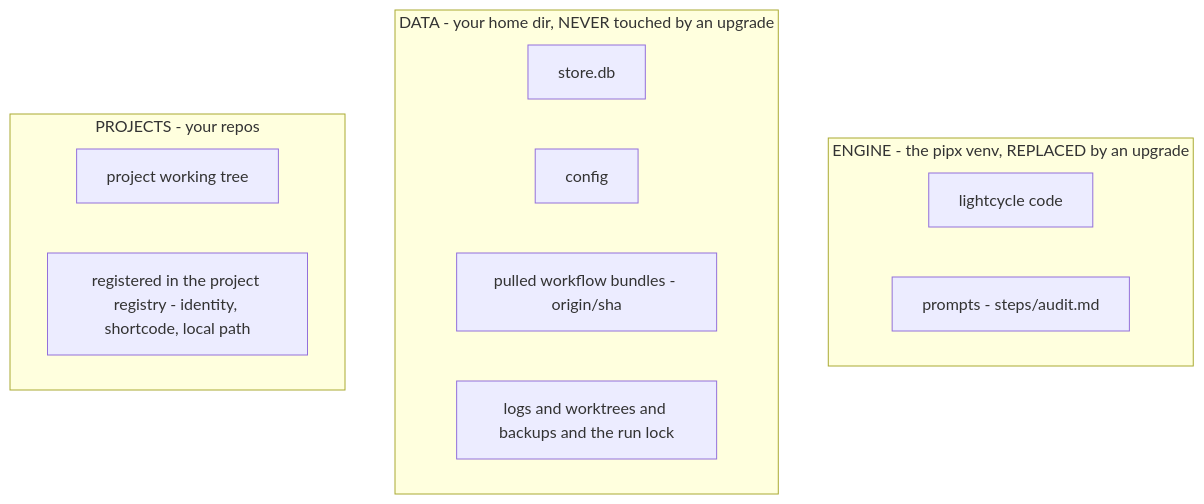
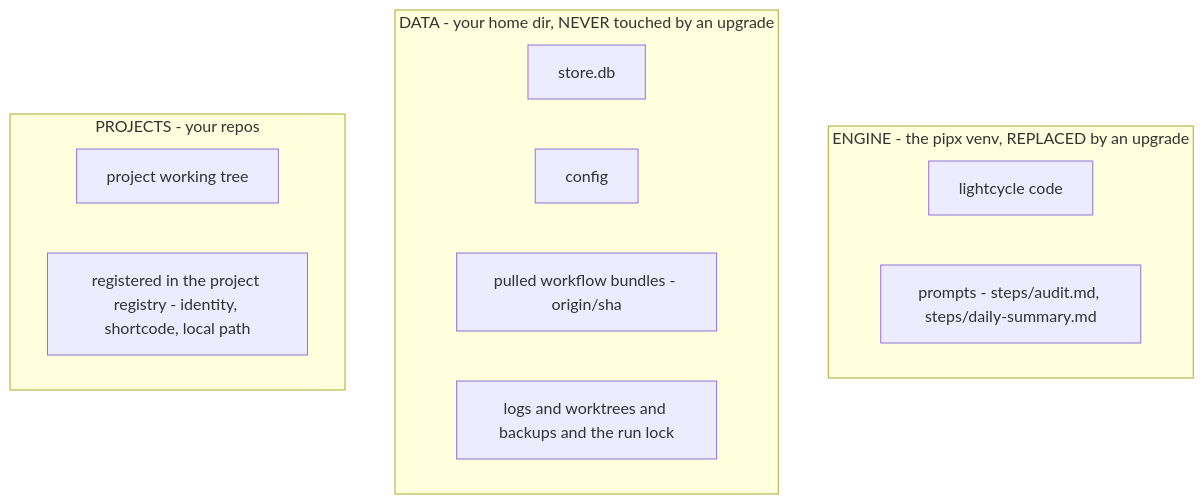
Before and after one commit to kenmclennan/lightcycle: the diagram in docs/installation-and-config.md, drawn with Mermaid. The commit also changed other lines of this file and 41 other files, not shown here.

First line of the commit message:
feat(report): generate a daily standup summary from completed work

````diff
--- a/docs/installation-and-config.md
+++ b/docs/installation-and-config.md
@@ -16,17 +16,17 @@
 ```mermaid
 graph TD
   subgraph engine[ENGINE - the pipx venv, REPLACED by an upgrade]
     code[lightcycle code]
-    prompts[prompts - steps/audit.md]
+    prompts[prompts - steps/audit.md, steps/daily-summary.md]
   end
   subgraph data[DATA - your home dir, NEVER touched by an upgrade]
     store[store.db]
     conf[config]
     wf[pulled workflow bundles - origin/sha]
     rest[logs and worktrees and backups and the run lock]
   end
   subgraph projects[PROJECTS - your repos]
     repo[project working tree]
     reg[registered in the project registry - identity, shortcode, local path]
   end
 ```
````
